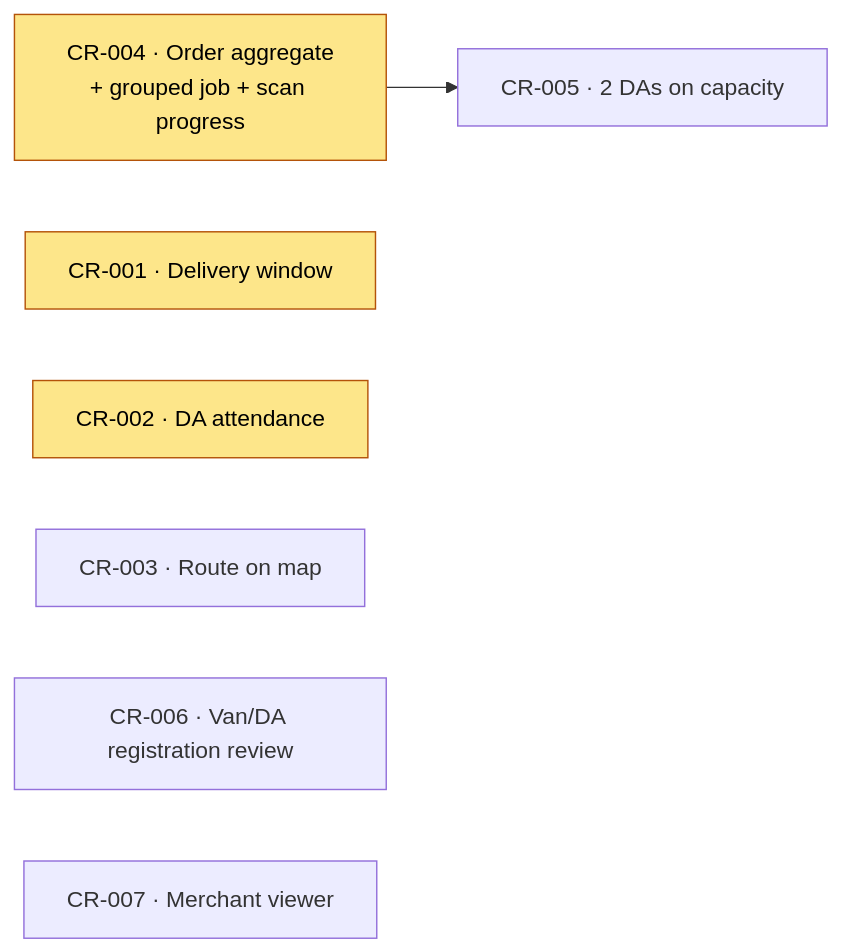
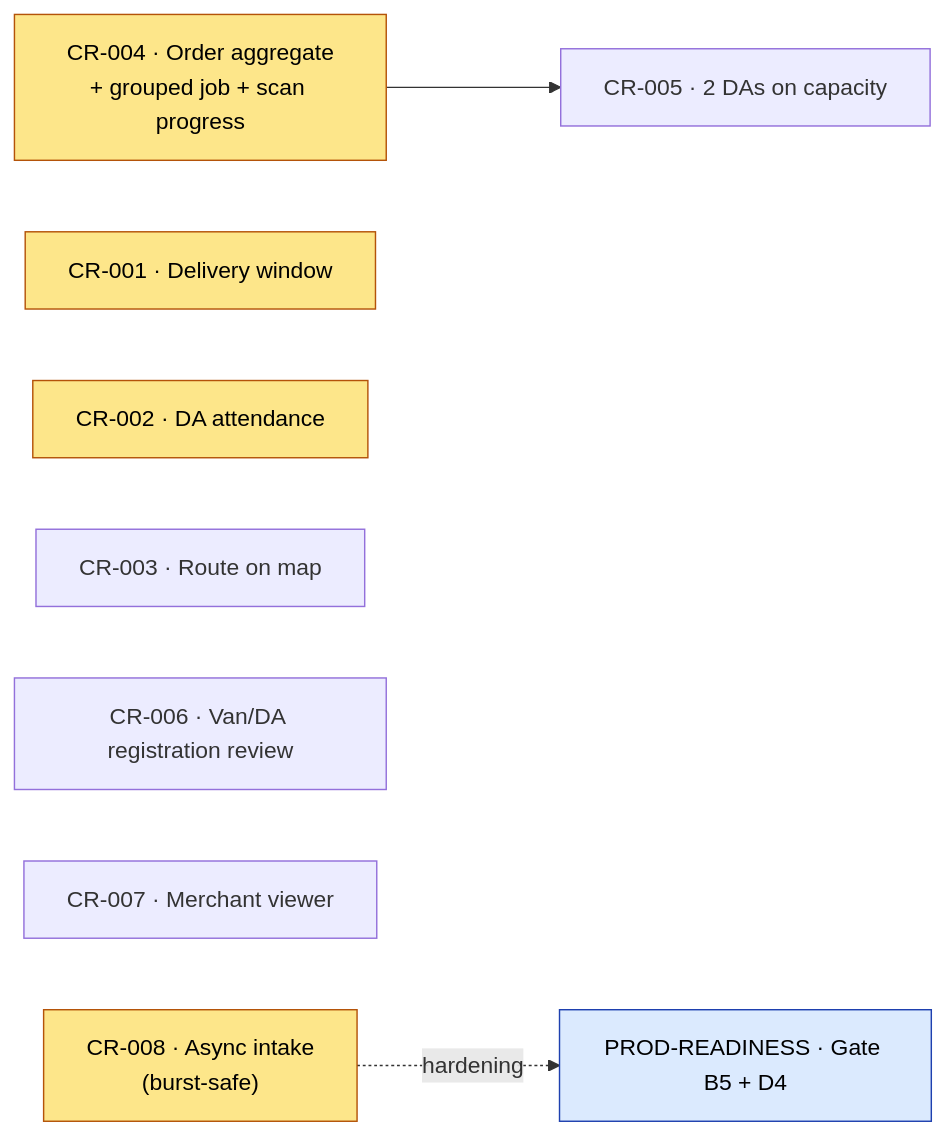
Before and after one commit to Sidarthapati/one_day_delivery: the diagram in docs/CHANGE-REQUESTS.md, drawn with Mermaid. The commit also changed other lines of this file and 5 other files, not shown here.

````diff
--- a/docs/CHANGE-REQUESTS.md
+++ b/docs/CHANGE-REQUESTS.md
@@ -155,11 +203,14 @@
 ```mermaid
 flowchart LR
     CR004["CR-004 · Order aggregate<br/>+ grouped job + scan progress"] --> CR005["CR-005 · 2 DAs on capacity"]
     CR001["CR-001 · Delivery window"]:::hi
     CR002["CR-002 · DA attendance"]:::hi
     CR004:::hi
     CR003["CR-003 · Route on map"]
     CR006["CR-006 · Van/DA registration review"]
     CR007["CR-007 · Merchant viewer"]
+    CR008["CR-008 · Async intake<br/>(burst-safe)"]:::hi
+    CR008 -. hardening .-> GATE["PROD-READINESS · Gate B5 + D4"]:::ext
     classDef hi fill:#fde68a,stroke:#b45309,color:#000;
+    classDef ext fill:#dbeafe,stroke:#1e40af,color:#000;
 ```
````
